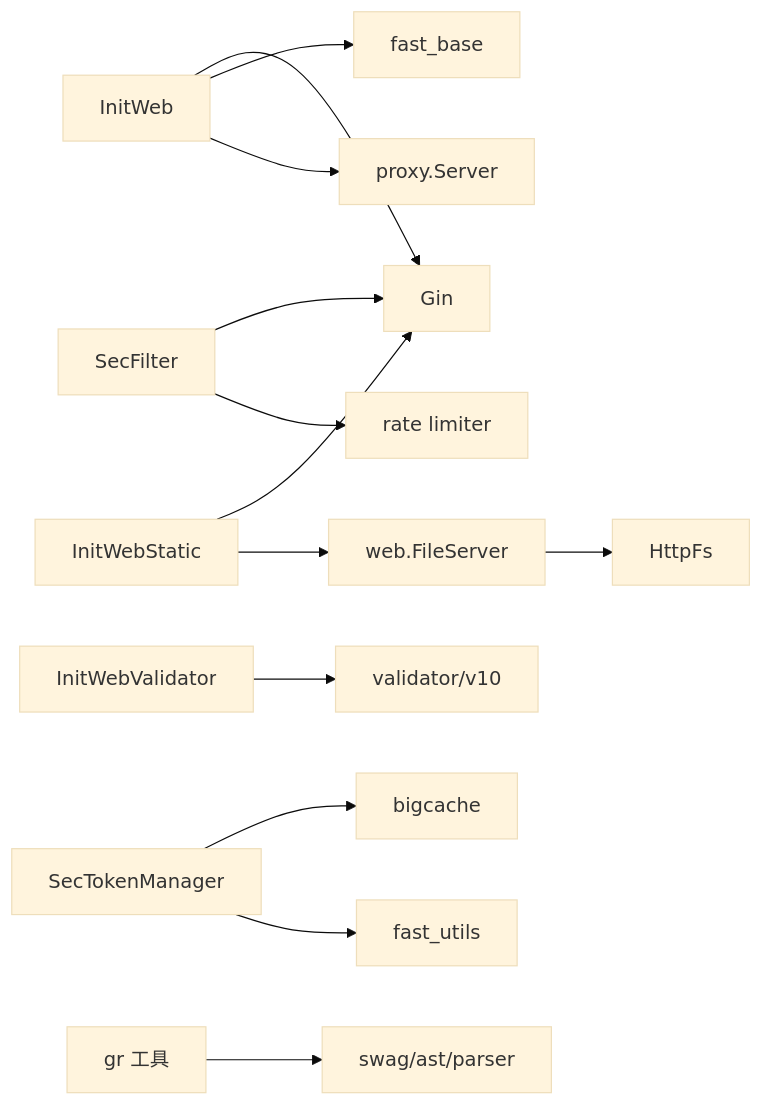
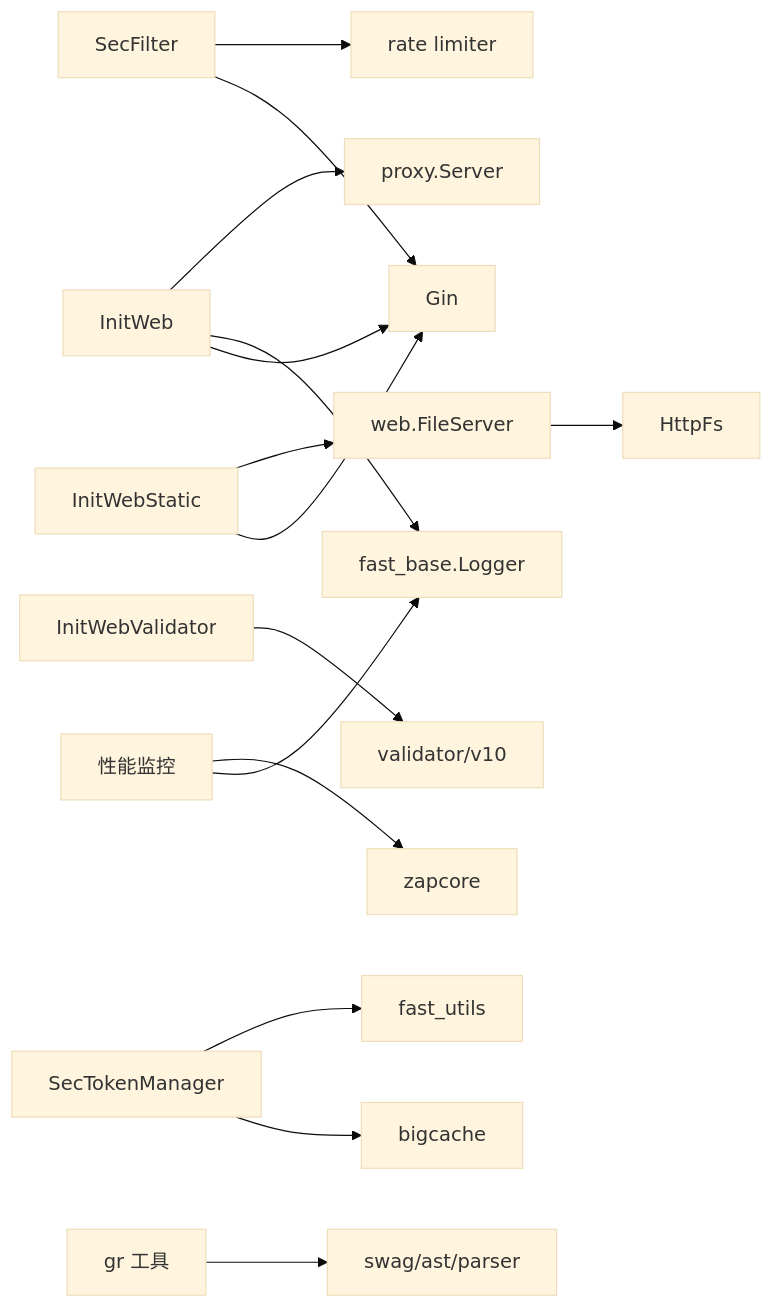
Before and after one commit to tdwu/fast_go: the tenth of 10 diagrams in .lingma/repowiki/zh/content/Web 服务开发/Web 服务开发.md, drawn with Mermaid (base theme). The commit also changed other lines of this file and 2 other files, not shown here.

````diff
--- a/.lingma/repowiki/zh/content/Web 服务开发/Web 服务开发.md
+++ b/.lingma/repowiki/zh/content/Web 服务开发/Web 服务开发.md
@@ -343,15 +387,17 @@
 ```mermaid
 graph LR
 GW["InitWeb"] --> G["Gin"]
 GW --> FB["fast_base"]
 GW --> PX["proxy.Server"]
 SF["SecFilter"] --> G
 SF --> RL["rate limiter"]
 IV["InitWebValidator"] --> V["validator/v10"]
 IS["InitWebStatic"] --> G
 IS --> HF["web.FileServer"]
 HF --> HT["HttpFs"]
 ST["SecTokenManager"] --> BC["bigcache"]
 ST --> FU["fast_utils"]
 GR["gr 工具"] --> SW["swag/ast/parser"]
+PE["性能监控"] --> FB["fast_base.Logger"]
+PE --> ZC["zapcore"]
 ```
````
